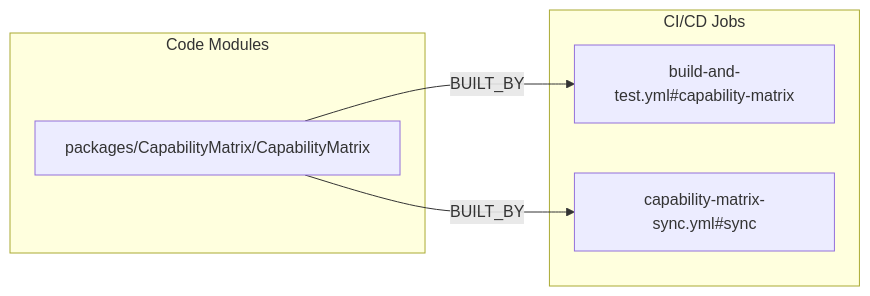
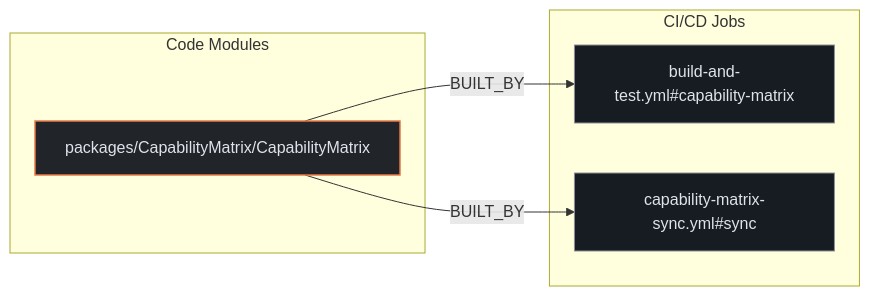
The second of 3 diagrams in exports/latest/reports/supabase-supabase-csharp-report.md (kumarshaz/atruss-code-atlas), drawn with Mermaid before and after one commit. The commit also changed other lines of this file and 331 other files, not shown here.

Commit message:
docs,ui,fix: update SDLC docs, reorder CI/CD DAG first, stylize Mermaid, and fix Arc42 pipeline topology

````diff
--- a/exports/latest/reports/supabase-supabase-csharp-report.md
+++ b/exports/latest/reports/supabase-supabase-csharp-report.md
@@ -170,12 +177,16 @@
 ```mermaid
 flowchart LR
+    classDef atlasCategory fill:#212428,stroke:#E87A48,stroke-width:1.5px,color:#dfe3eb
+    classDef atlasWorkflow fill:#1b2026,stroke:#a3c9ff,stroke-width:1.5px,color:#dfe3eb
+    classDef atlasJob fill:#171c22,stroke:#8d9199,stroke-width:1px,color:#dfe3eb
+    classDef atlasTarget fill:#005227,stroke:#8bd99b,stroke-width:1.5px,color:#a7f6b6
     subgraph code_modules["Code Modules"]
-        mod_packages_CapabilityMatrix_CapabilityMatrix["packages/CapabilityMatrix/CapabilityMatrix"]
+        mod_packages_CapabilityMatrix_CapabilityMatrix["packages/CapabilityMatrix/CapabilityMatrix"]:::atlasCategory
     end
     subgraph ci_jobs["CI/CD Jobs"]
-        job_build_and_test_yml_capability_matrix["build-and-test.yml#capability-matrix"]
-        job_capability_matrix_sync_yml_sync["capability-matrix-sync.yml#sync"]
+        job_build_and_test_yml_capability_matrix["build-and-test.yml#capability-matrix"]:::atlasJob
+        job_capability_matrix_sync_yml_sync["capability-matrix-sync.yml#sync"]:::atlasJob
     end
     mod_packages_CapabilityMatrix_CapabilityMatrix -->|BUILT_BY| job_build_and_test_yml_capability_matrix
     mod_packages_CapabilityMatrix_CapabilityMatrix -->|BUILT_BY| job_capability_matrix_sync_yml_sync
 ```
````
